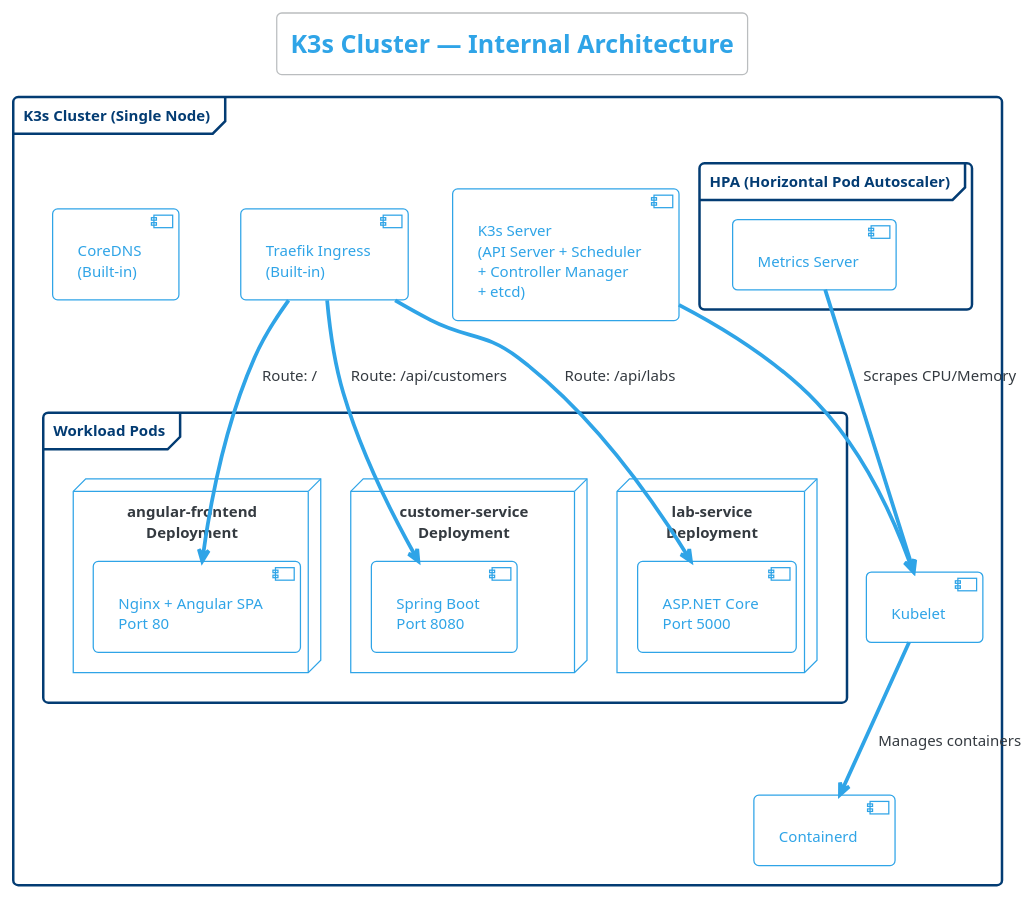
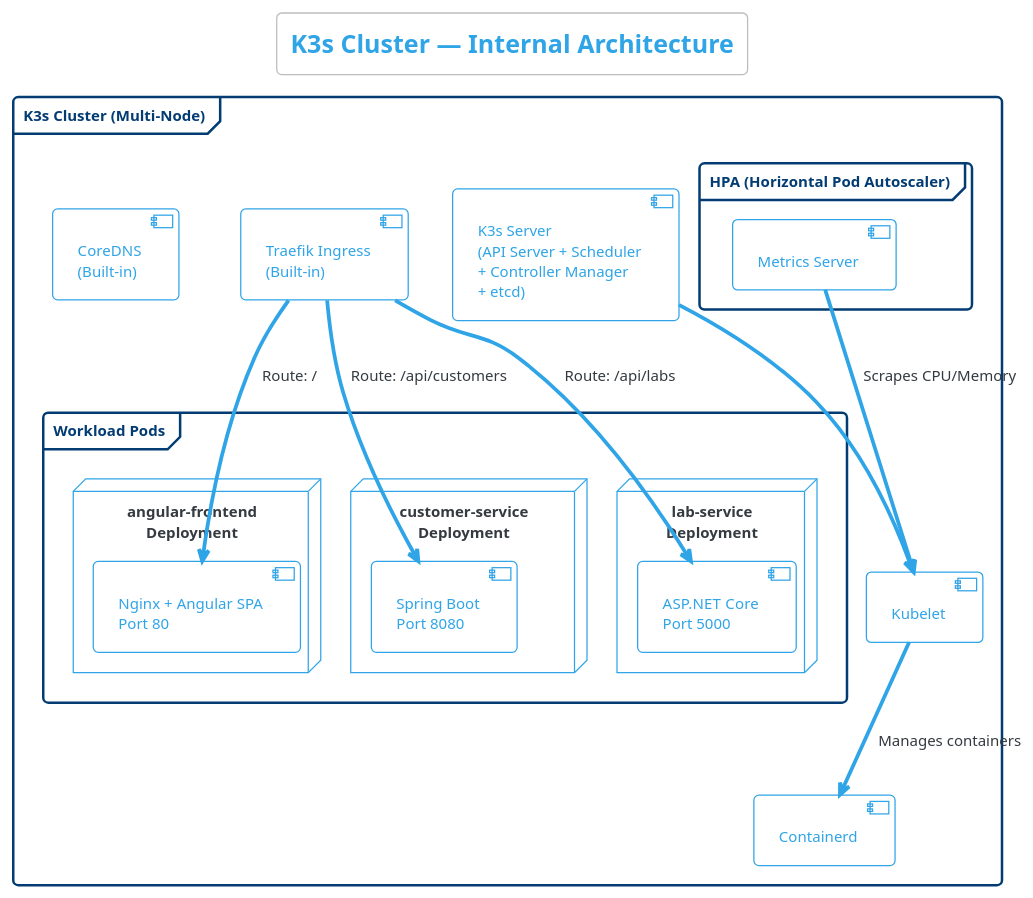
The first of 7 diagrams in docs/component-deep-dive.md (OnesDevOps/devops-training-lab), drawn with PlantUML before and after one commit. The commit also changed other lines of this file and 26 other files, not shown here.

````diff
--- a/docs/component-deep-dive.md
+++ b/docs/component-deep-dive.md
@@ -33,41 +36,41 @@
 ```plantuml
 @startuml k3s_detail
 !theme cerulean-outline
 
 title K3s Cluster — Internal Architecture
 
-frame "K3s Cluster (Single Node)" as k3s {
+frame "K3s Cluster (Multi-Node)" as k3s {
     
     component [K3s Server\n(API Server + Scheduler\n+ Controller Manager\n+ etcd)] as server
     
     component [Kubelet] as kubelet
     component [Containerd] as cri
     component [Traefik Ingress\n(Built-in)] as ingress
     component [CoreDNS\n(Built-in)] as dns
 
     frame "Workload Pods" {
         node "angular-frontend\nDeployment" as fe {
             component [Nginx + Angular SPA\nPort 80] as fe_c
         }
         node "customer-service\nDeployment" as cs {
             component [Spring Boot\nPort 8080] as cs_c
         }
         node "lab-service\nDeployment" as ls {
             component [ASP.NET Core\nPort 5000] as ls_c
         }
     }
 
     frame "HPA (Horizontal Pod Autoscaler)" as hpa {
         component [Metrics Server] as metrics
     }
 
     server --> kubelet
     kubelet --> cri : Manages containers
     ingress --> fe_c : Route: /
     ingress --> cs_c : Route: /api/customers
     ingress --> ls_c : Route: /api/labs
     metrics --> kubelet : Scrapes CPU/Memory
 }
 
 @enduml
 ```
````
